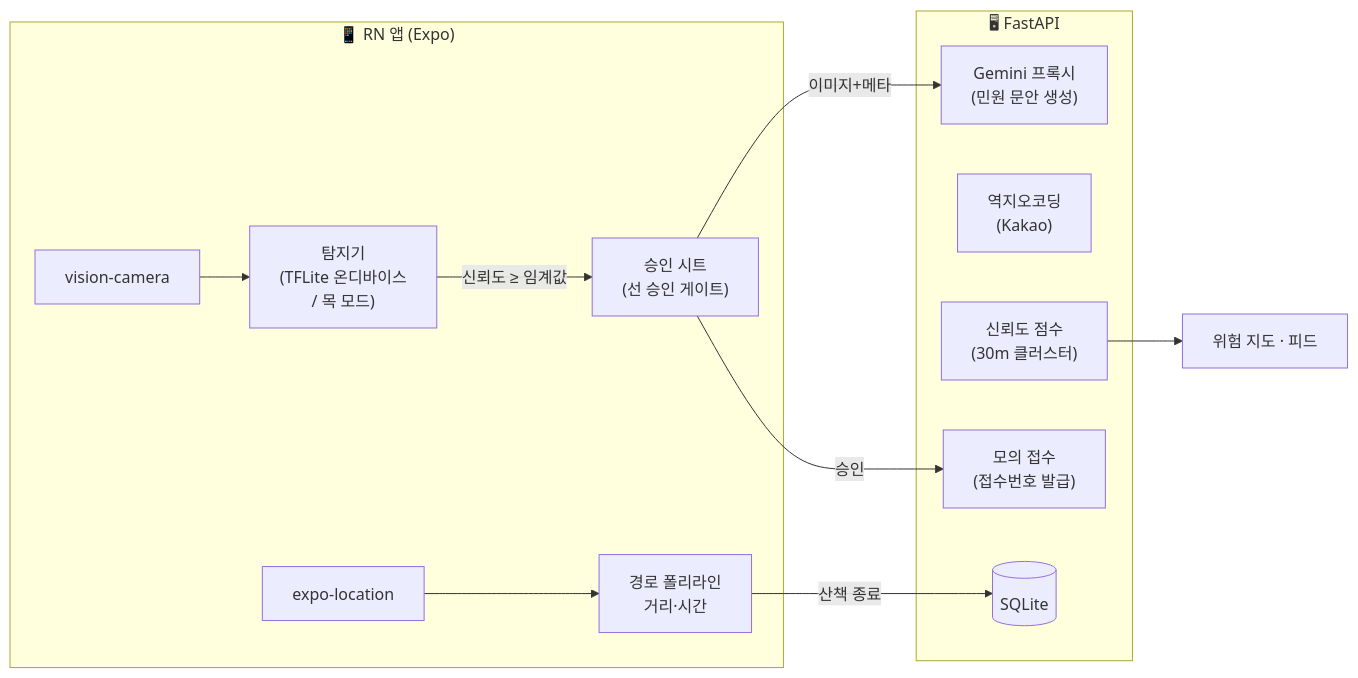
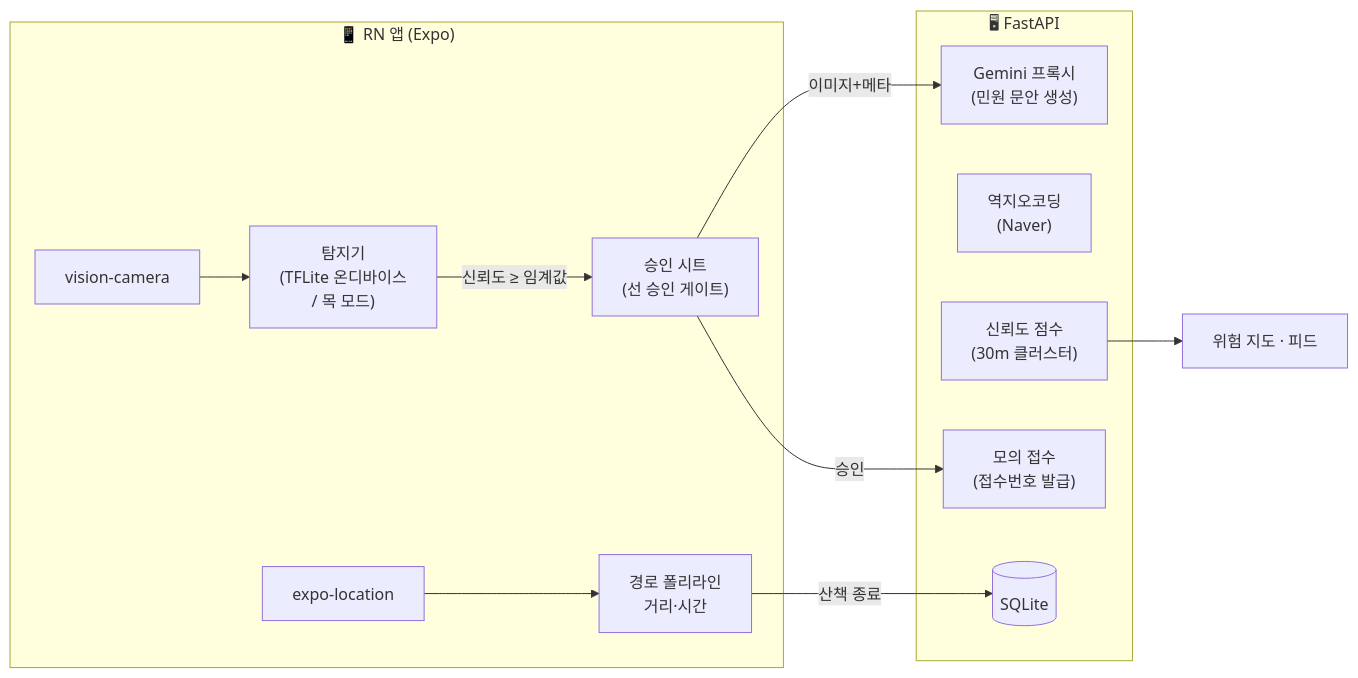
The diagram in docs/ARCHITECTURE.md (koreamax/TECH4GOOD_OH), drawn with Mermaid before and after one commit. The commit also changed 6 other files, not shown here.

First line of the commit message:
chore: 카카오 API 흔적 전체 제거 — 역지오코딩 Naver 단일화

````diff
--- a/docs/ARCHITECTURE.md
+++ b/docs/ARCHITECTURE.md
@@ -17,19 +17,19 @@
 ```mermaid
 flowchart LR
     subgraph phone["📱 RN 앱 (Expo)"]
         CAM[vision-camera] --> DET["탐지기\n(TFLite 온디바이스\n/ 목 모드)"]
         DET -->|"신뢰도 ≥ 임계값"| SHEET["승인 시트\n(선 승인 게이트)"]
         GPS[expo-location] --> ROUTE["경로 폴리라인\n거리·시간"]
     end
     subgraph server["🖥 FastAPI"]
         GEM["Gemini 프록시\n(민원 문안 생성)"]
-        GEO["역지오코딩\n(Kakao)"]
+        GEO["역지오코딩\n(Naver)"]
         SCORE["신뢰도 점수\n(30m 클러스터)"]
         MOCK["모의 접수\n(접수번호 발급)"]
         DB[(SQLite)]
     end
     SHEET -->|"이미지+메타"| GEM
     SHEET -->|승인| MOCK
     ROUTE -->|산책 종료| DB
     SCORE --> MAP["위험 지도 · 피드"]
 ```
````
